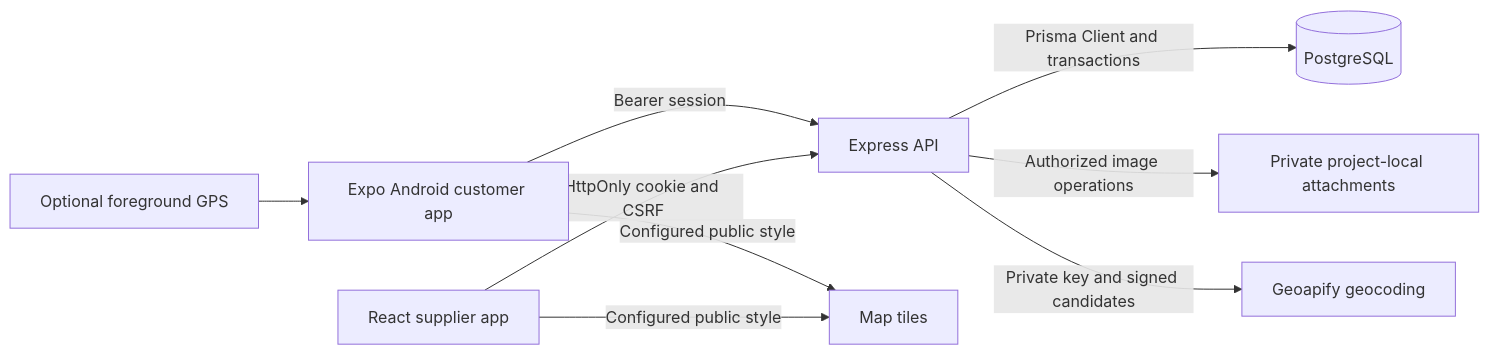
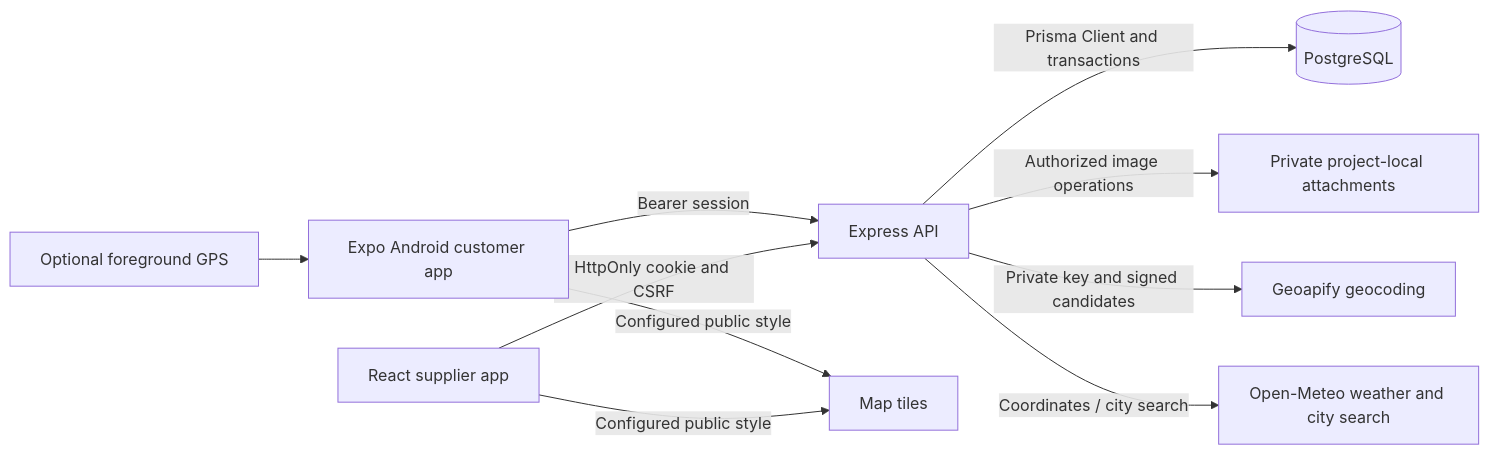
The diagram in docs/architecture.md (ApueXI/aqours), drawn with Mermaid before and after one commit. The commit also changed other lines of this file and 124 other files, not shown here.

First line of the commit message:
Feature/open meteo weather (#3)

````diff
--- a/docs/architecture.md
+++ b/docs/architecture.md
@@ -24,11 +24,12 @@
 ```mermaid
 flowchart LR
     Customer[Expo Android customer app] -->|Bearer session| API[Express API]
     Supplier[React supplier app] -->|HttpOnly cookie and CSRF| API
     API -->|Prisma Client and transactions| DB[(PostgreSQL)]
     API -->|Authorized image operations| Files[Private project-local attachments]
     API -->|Private key and signed candidates| Geoapify[Geoapify geocoding]
+    API -->|Coordinates / city search| Weather[Open-Meteo weather and city search]
     Customer -->|Configured public style| Tiles[Map tiles]
     Supplier -->|Configured public style| Tiles
     GPS[Optional foreground GPS] --> Customer
 ```
````
